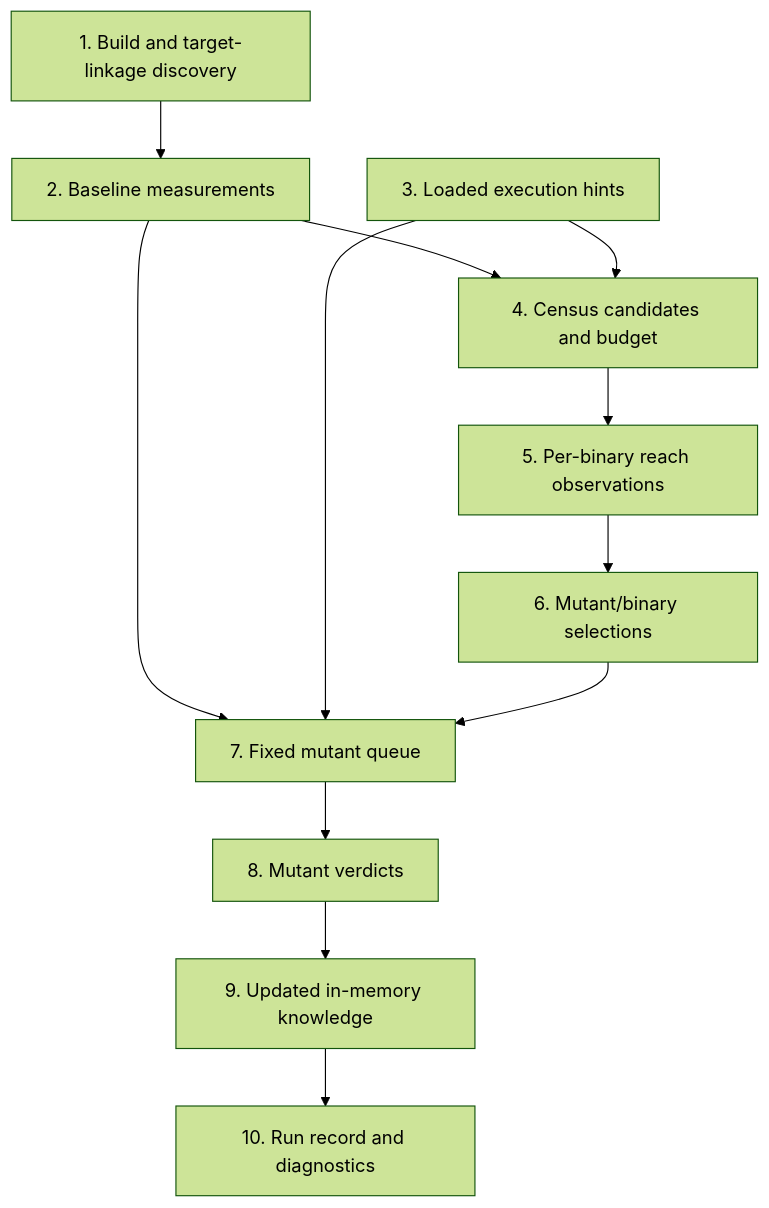
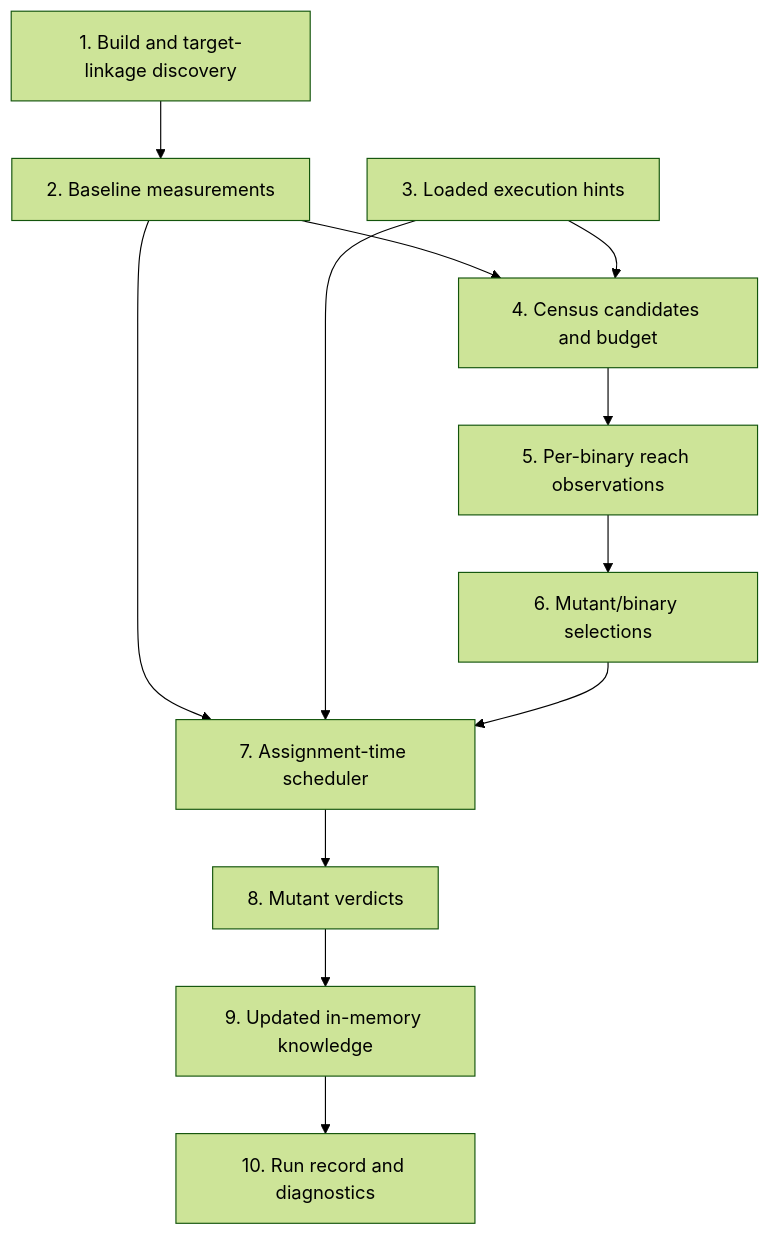
Before and after one commit to microsoft/ox-tools: the diagram in crates/cargo-gamma/docs/SCHEDULING.md, drawn with Mermaid (forest theme). The commit also changed other lines of this file and 16 other files, not shown here.

````diff
--- a/crates/cargo-gamma/docs/SCHEDULING.md
+++ b/crates/cargo-gamma/docs/SCHEDULING.md
@@ -20,21 +20,21 @@
 ```mermaid
 flowchart TD
     build[1. Build and target-linkage discovery]
     baseline[2. Baseline measurements]
     hints[3. Loaded execution hints]
     candidates[4. Census candidates and budget]
     census[5. Per-binary reach observations]
     selections[6. Mutant/binary selections]
-    queue[7. Fixed mutant queue]
+    queue[7. Assignment-time scheduler]
     tests[8. Mutant verdicts]
     learning[9. Updated in-memory knowledge]
     persistence[10. Run record and diagnostics]
 
     build --> baseline
     baseline --> candidates
     hints --> candidates
     candidates --> census --> selections
     baseline --> queue
     hints --> queue
     selections --> queue --> tests --> learning --> persistence
 ```
````
